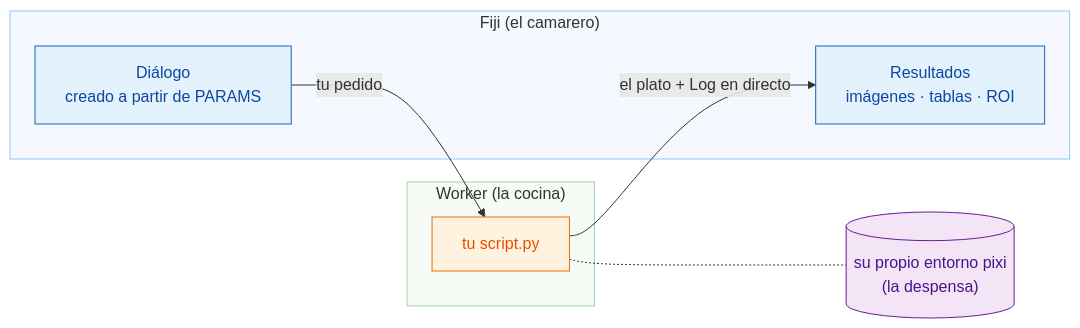
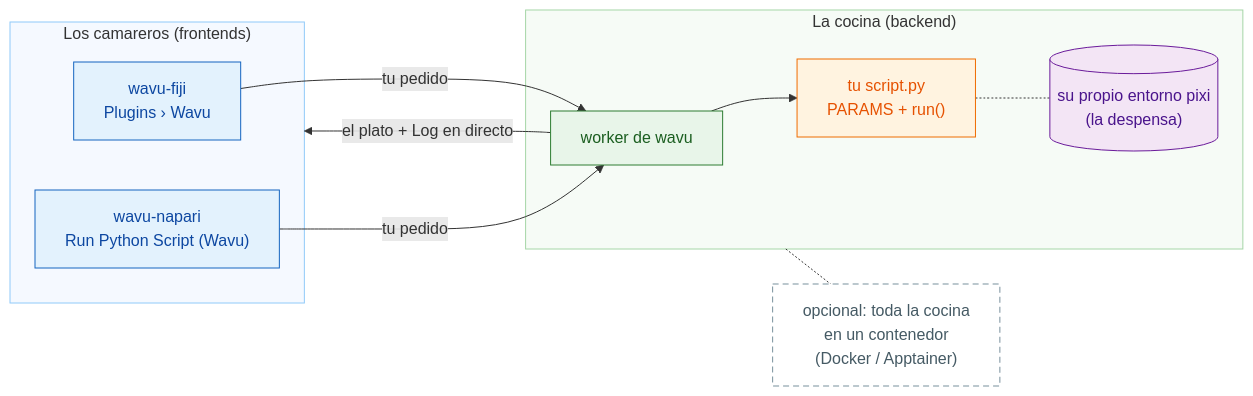
The diagram in guide/index.es.md (Oxford-Zeiss-Centre-of-Excellence/Wavu), drawn with Mermaid before and after one commit. The commit also changed other lines of this file and 218 other files, not shown here.

First line of the commit message:
feat: Wavu core + two frontends (wavu-fiji, wavu-napari); remote/container connect; reworked guide

````diff
--- a/guide/index.es.md
+++ b/guide/index.es.md
@@ -19,22 +21,28 @@
 ```mermaid
 flowchart LR
-    subgraph FIJI["Fiji (el camarero)"]
-        D["Diálogo<br/>creado a partir de PARAMS"]:::fiji
-        R["Resultados<br/>imágenes · tablas · ROI"]:::fiji
+    subgraph FE["Los camareros (frontends)"]
+        F["wavu-fiji<br/>Plugins › Wavu"]:::fiji
+        N["wavu-napari<br/>Run Python Script (Wavu)"]:::fiji
     end
-    subgraph PY["Worker (la cocina)"]
-        S["tu script.py"]:::script
+    subgraph BE["La cocina (backend)"]
+        W["worker de wavu"]:::worker
+        S["tu script.py<br/>PARAMS + run()"]:::script
+        E[("su propio entorno pixi<br/>(la despensa)")]:::env
     end
-    E[("su propio entorno pixi<br/>(la despensa)")]:::env
+    C["opcional: toda la cocina<br/>en un contenedor<br/>(Docker / Apptainer)"]:::box
+    BE -.- C
 
-    D -- "tu pedido" --> S
+    F -- "tu pedido" --> W
+    N -- "tu pedido" --> W
+    W --> S
     S -.- E
-    S -- "el plato + Log en directo" --> R
+    W -- "el plato + Log en directo" --> FE
 
     classDef fiji   fill:#e3f2fd,stroke:#1565c0,color:#0d47a1
     classDef worker fill:#e8f5e9,stroke:#2e7d32,color:#1b5e20
     classDef script fill:#fff3e0,stroke:#ef6c00,color:#e65100
     classDef env    fill:#f3e5f5,stroke:#6a1b9a,color:#4a148c
-    style FIJI fill:#f5f9ff,stroke:#90caf9
-    style PY   fill:#f6fbf6,stroke:#a5d6a7
+    style FE fill:#f5f9ff,stroke:#90caf9
+    style BE fill:#f6fbf6,stroke:#a5d6a7
+    classDef box    fill:#ffffff,stroke:#78909c,stroke-dasharray: 6 4,color:#455a64
 ```
````
